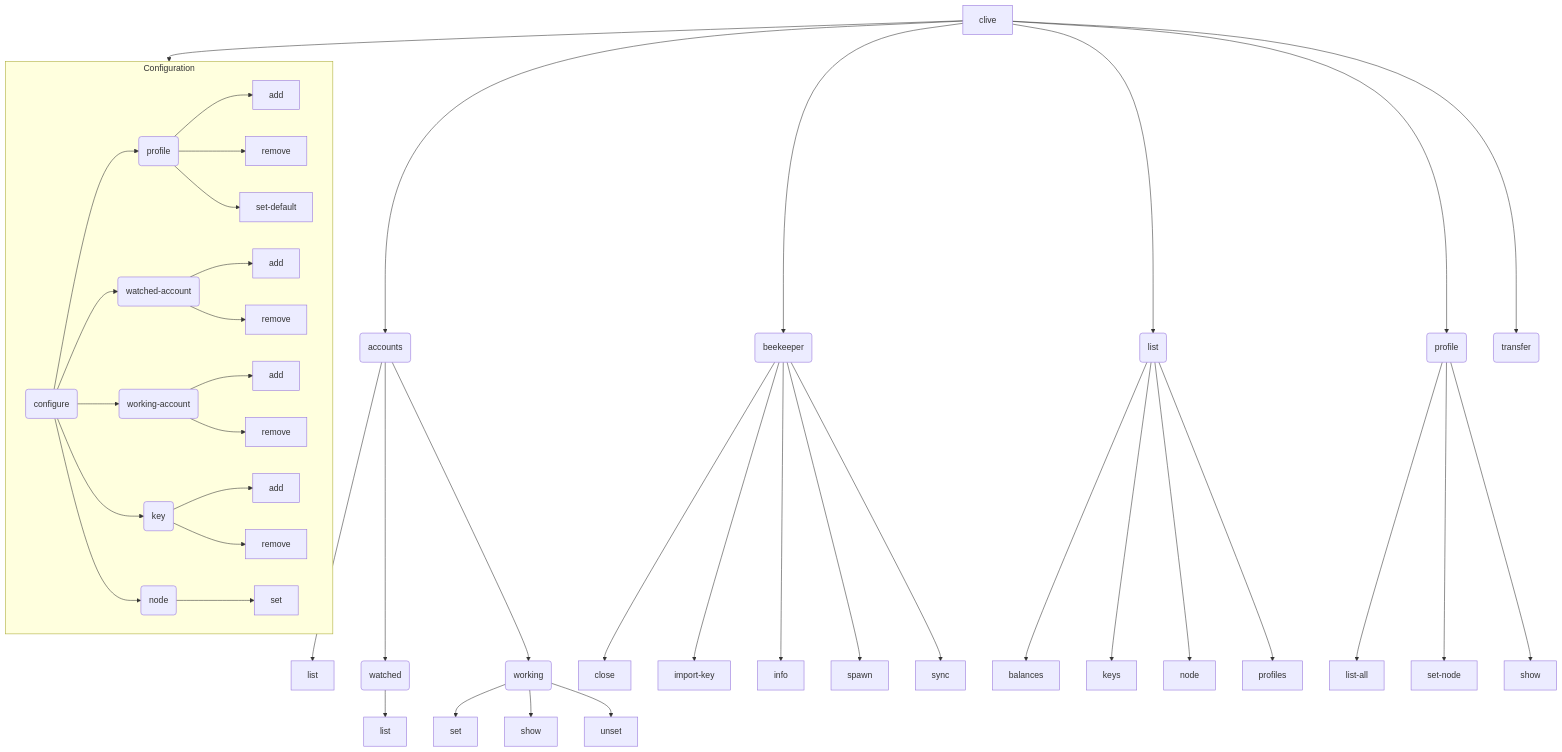
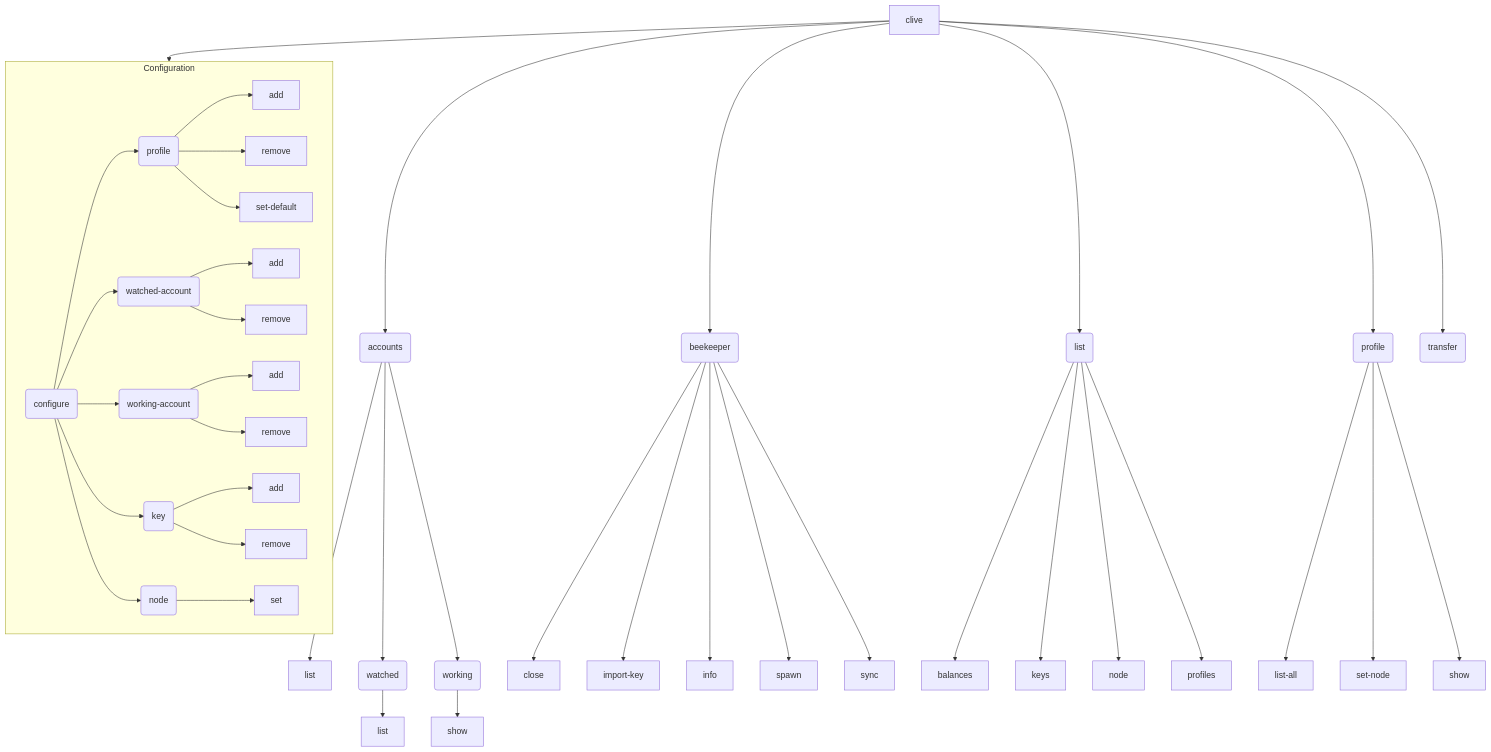
One commit to openhive-network/clive changed the diagram in clive/__private/cli/commands_structure.md. Above: the diagram before and after it, drawn with Mermaid. The commit also changed 5 other files, not shown here.

````diff
--- a/clive/__private/cli/commands_structure.md
+++ b/clive/__private/cli/commands_structure.md
@@ -16,51 +16,49 @@
 ```mermaid
 flowchart TD
     Clive[clive] --> Configuration
 
     subgraph Configuration
         Configure(configure) --> ConfigureProfile(profile)
         ConfigureProfile --> CreateProfile[add]
         ConfigureProfile --> DeleteProfile[remove]
         ConfigureProfile --> SetDefaultProfile[set-default]
 
         Configure --> ConfigureWatchedAccount(watched-account)
         ConfigureWatchedAccount --> AddWatchedAccount[add]
         ConfigureWatchedAccount --> RemoveWatchedAccount[remove]
 
         Configure --> ConfigureWorkingAccount(working-account)
         ConfigureWorkingAccount --> AddWorkingAccount[add]
         ConfigureWorkingAccount --> RemoveWorkingAccount[remove]
 
         Configure --> ConfigureKey(key)
         ConfigureKey --> AddKey[add]
         ConfigureKey --> RemoveKey[remove]
 
         Configure --> ConfigureNode(node)
         ConfigureNode --> SetNode[set]
     end
 
     Clive[clive] --> Accounts(accounts)
     Accounts --> AccountsList[list]
     Accounts --> AccountsWatched(watched)
     Accounts --> AccountsWorking(working)
     AccountsWatched --> AccountsWatchedList[list]
-    AccountsWorking --> AccountsWorkingSet[set]
     AccountsWorking --> AccountsWorkingShow[show]
-    AccountsWorking --> AccountsWorkingUnset[unset]
     Clive --> Beekeeper(beekeeper)
     Beekeeper --> BeekeeperClose[close]
     Beekeeper --> BeekeeperImportKey[import-key]
     Beekeeper --> BeekeeperInfo[info]
     Beekeeper --> BeekeeperSpawn[spawn]
     Beekeeper --> BeekeeperSync[sync]
     Clive --> List(list)
     List --> ListBalances[balances]
     List --> ListKeys[keys]
     List --> ListNode[node]
     List --> ListProfiles[profiles]
     Clive --> Profile(profile)
     Profile --> ProfileListAll[list-all]
     Profile --> ProfileSetNode[set-node]
     Profile --> ProfileShow[show]
     Clive --> Transfer(transfer)
 ```
````
